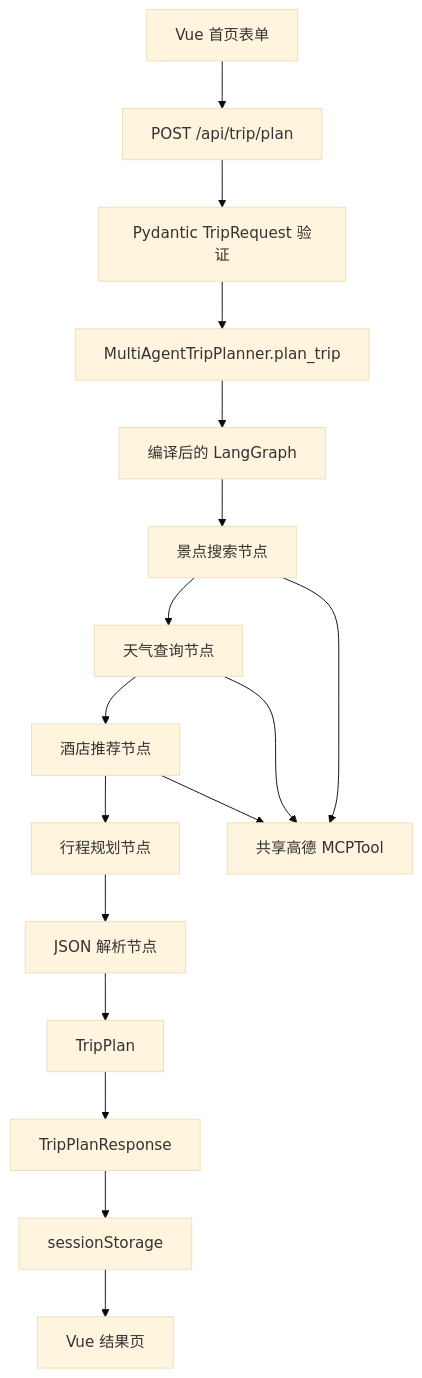
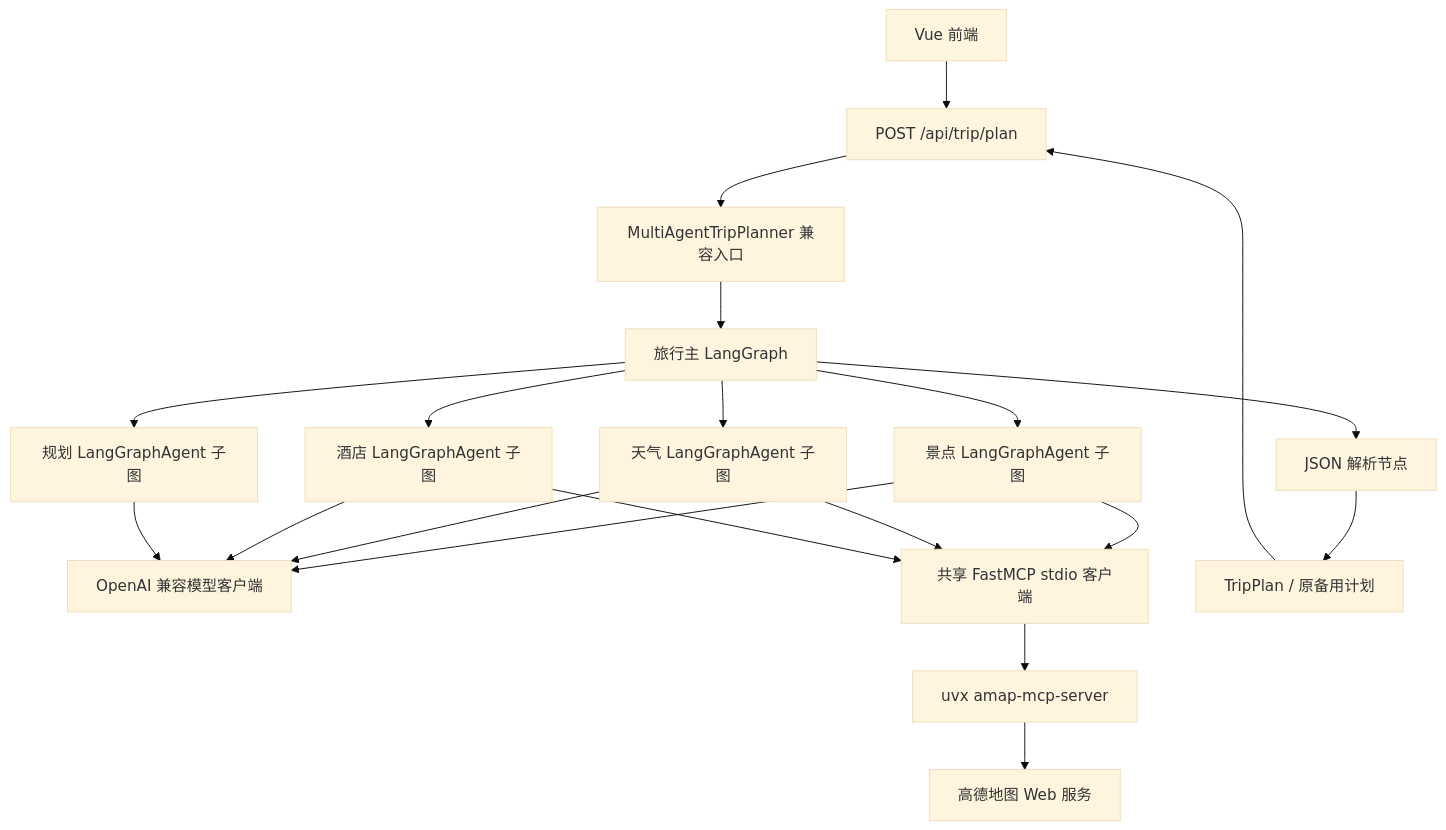
The first of 3 diagrams in 第十三章智能旅行助手-LangGraph重构要求.md (sanhuaz/Agent_study), drawn with Mermaid (base theme) before and after one commit. The commit also changed other lines of this file and 15 other files, not shown here.

````diff
--- a/第十三章智能旅行助手-LangGraph重构要求.md
+++ b/第十三章智能旅行助手-LangGraph重构要求.md
@@ -124,22 +57,26 @@
 ```mermaid
 flowchart TD
-    UI["Vue 首页表单"] --> API["POST /api/trip/plan"]
-    API --> MODEL["Pydantic TripRequest 验证"]
-    MODEL --> FACADE["MultiAgentTripPlanner.plan_trip"]
-    FACADE --> GRAPH["编译后的 LangGraph"]
+    U[Vue 前端] --> API[POST /api/trip/plan]
+    API --> FACADE[MultiAgentTripPlanner 兼容入口]
+    FACADE --> MAIN[旅行主 LangGraph]
 
-    GRAPH --> A["景点搜索节点"]
-    A --> W["天气查询节点"]
-    W --> H["酒店推荐节点"]
-    H --> P["行程规划节点"]
-    P --> R["JSON 解析节点"]
-    R --> OUT["TripPlan"]
+    MAIN --> A[景点 LangGraphAgent 子图]
+    MAIN --> W[天气 LangGraphAgent 子图]
+    MAIN --> H[酒店 LangGraphAgent 子图]
+    MAIN --> P[规划 LangGraphAgent 子图]
+    MAIN --> PARSE[JSON 解析节点]
 
-    A --> MCP["共享高德 MCPTool"]
+    A --> LLM[OpenAI 兼容模型客户端]
+    W --> LLM
+    H --> LLM
+    P --> LLM
+
+    A --> MCP[共享 FastMCP stdio 客户端]
     W --> MCP
     H --> MCP
+    MCP --> UVX[uvx amap-mcp-server]
+    UVX --> AMAP[高德地图 Web 服务]
 
-    OUT --> RESPONSE["TripPlanResponse"]
-    RESPONSE --> STORAGE["sessionStorage"]
-    STORAGE --> RESULT["Vue 结果页"]
+    PARSE --> RESULT[TripPlan / 原备用计划]
+    RESULT --> API
 ```
````
